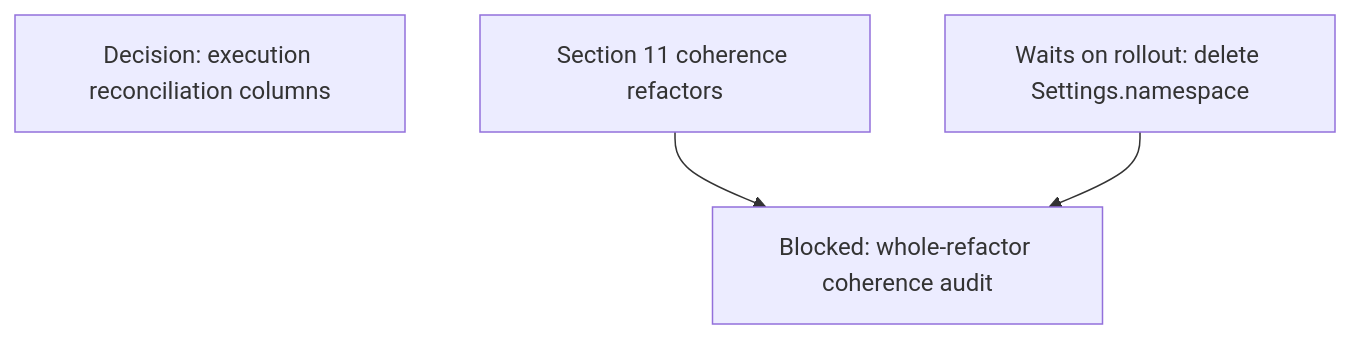
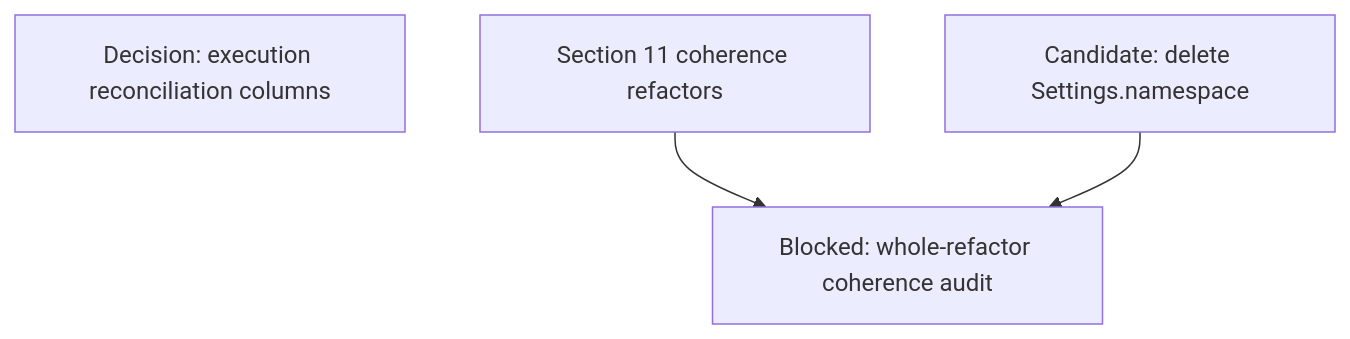
Before and after one commit to agentydragon-agent/ducktape: diagram 12 of 15 in agentplane/plans/task_dag.md, drawn with Mermaid. The commit also changed other lines of this file, not shown here.

````diff
--- a/agentplane/plans/task_dag.md
+++ b/agentplane/plans/task_dag.md
@@ -1022,8 +1022,8 @@
 ```mermaid
 flowchart TD
     ACTION_EXECUTION_AUDIT_TRIM[Decision: execution reconciliation columns]
-    APP_NAMESPACE_SETTING_DROP[Waits on rollout: delete Settings.namespace]
+    APP_NAMESPACE_SETTING_DROP[Candidate: delete Settings.namespace]
     REFACTOR_COHERENCE_AUDIT[Blocked: whole-refactor coherence audit]
     COHERENCE_REFACTORS[Section 11 coherence refactors] --> REFACTOR_COHERENCE_AUDIT
     APP_NAMESPACE_SETTING_DROP --> REFACTOR_COHERENCE_AUDIT
 ```
````
